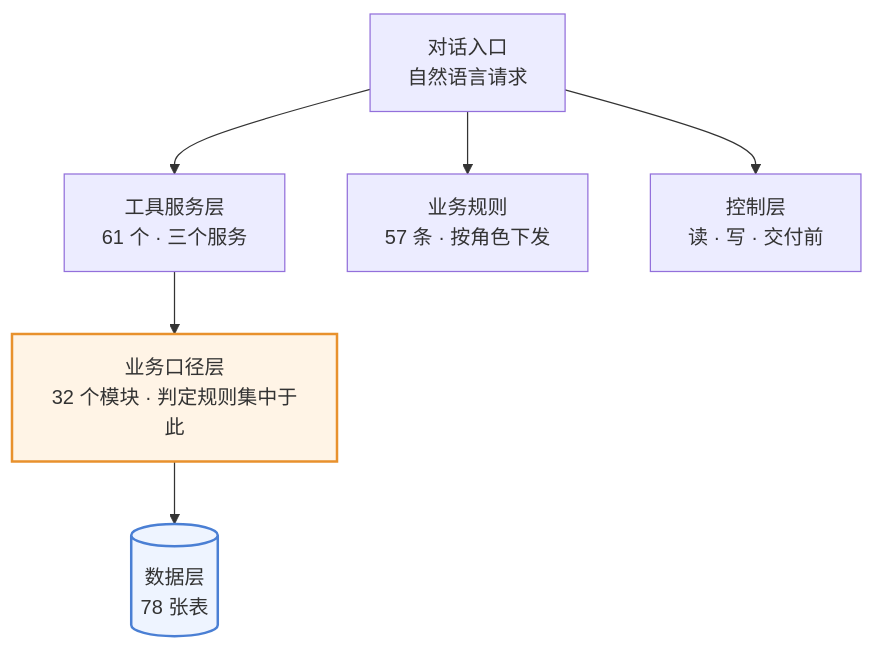
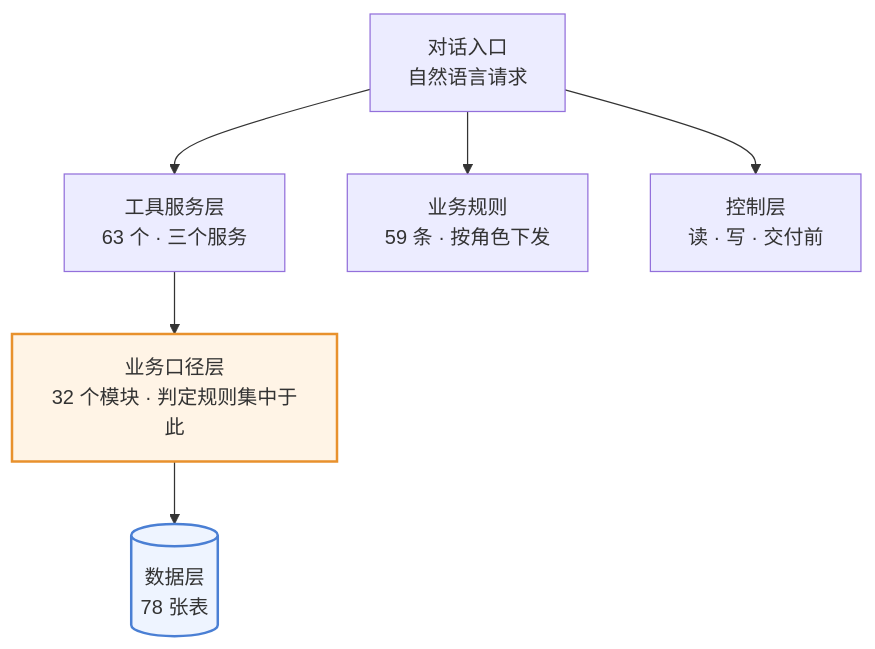
Before and after one commit to 843773296-rgb/lanxiu-yunshang-agent: the first of 4 diagrams in 澜绣云裳agent-产品需求文档.md, drawn with Mermaid. The commit also changed other lines of this file and 27 other files, not shown here.

````diff
--- a/澜绣云裳agent-产品需求文档.md
+++ b/澜绣云裳agent-产品需求文档.md
@@ -134,12 +134,12 @@
 ```mermaid
 flowchart TD
     M["对话入口<br/>自然语言请求"]
-    M --> T["工具服务层<br/>61 个 · 三个服务"]
-    M --> R["业务规则<br/>57 条 · 按角色下发"]
+    M --> T["工具服务层<br/>63 个 · 三个服务"]
+    M --> R["业务规则<br/>59 条 · 按角色下发"]
     M --> G["控制层<br/>读 · 写 · 交付前"]
     T --> K["业务口径层<br/>32 个模块 · 判定规则集中于此"]
     K --> DB[("数据层<br/>78 张表")]
 
     style K fill:#fff4e6,stroke:#e8912d,stroke-width:2px
     style DB fill:#eef4ff,stroke:#4a7fd4,stroke-width:2px
 ```
````
